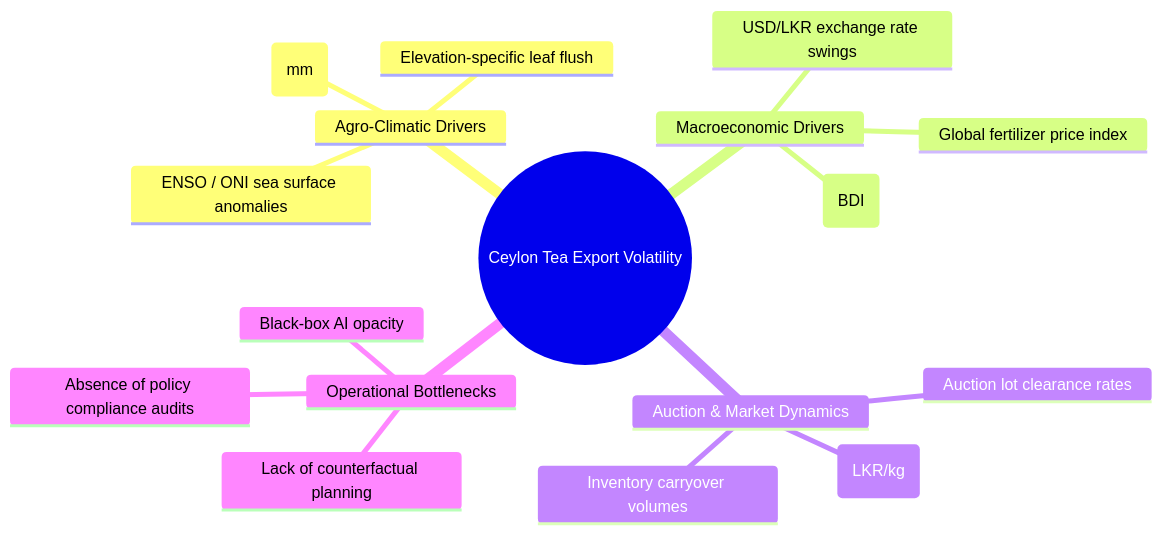
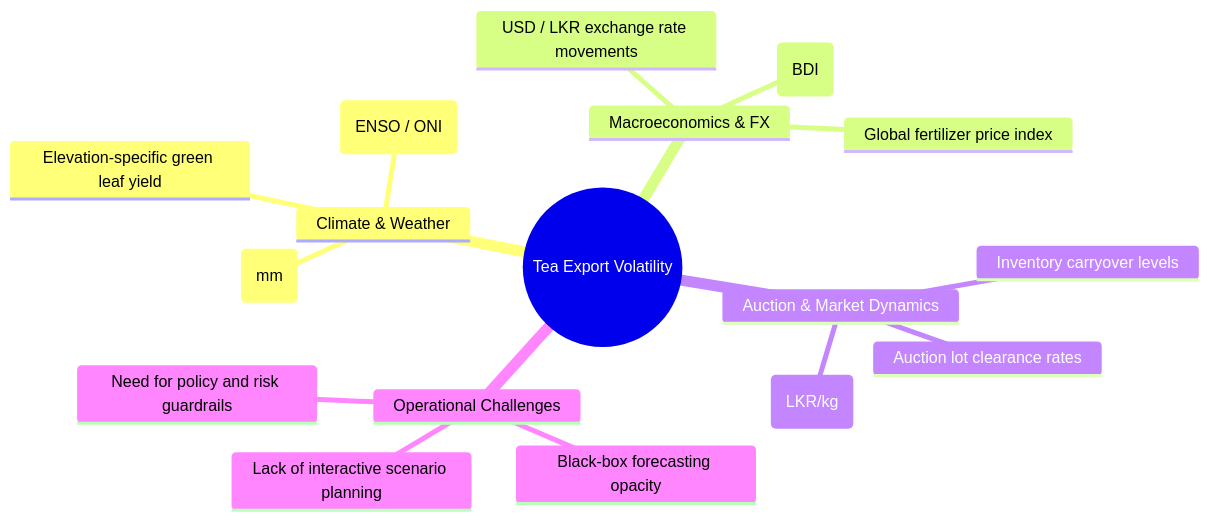
One commit to YasasLakmina/backdate-commit-test changed the first of 6 diagrams in README.md. Above: the diagram before and after it, drawn with Mermaid. The commit also changed other lines of this file, not shown here.

First line of the commit message:
Refine documentation with clear generic setup commands and simplified architecture diagrams

````diff
--- a/README.md
+++ b/README.md
@@ -87,20 +84,20 @@
 ```mermaid
 mindmap
-  root((Ceylon Tea Export Volatility))
-    Agro-Climatic Drivers
+  root((Tea Export Volatility))
+    Climate & Weather
       Rainfall anomalies (mm)
-      ENSO / ONI sea surface anomalies
-      Elevation-specific leaf flush
-    Macroeconomic Drivers
-      USD/LKR exchange rate swings
+      Oceanic Niño Index (ENSO / ONI)
+      Elevation-specific green leaf yield
+    Macroeconomics & FX
+      USD / LKR exchange rate movements
       Global fertilizer price index
-      Global Buyer Demand Index (BDI)
+      International Buyer Demand Index (BDI)
     Auction & Market Dynamics
       Colombo Tea Auction prices (LKR/kg)
       Auction lot clearance rates
-      Inventory carryover volumes
-    Operational Bottlenecks
-      Black-box AI opacity
-      Lack of counterfactual planning
-      Absence of policy compliance audits
+      Inventory carryover levels
+    Operational Challenges
+      Black-box forecasting opacity
+      Lack of interactive scenario planning
+      Need for policy and risk guardrails
 ```
````
